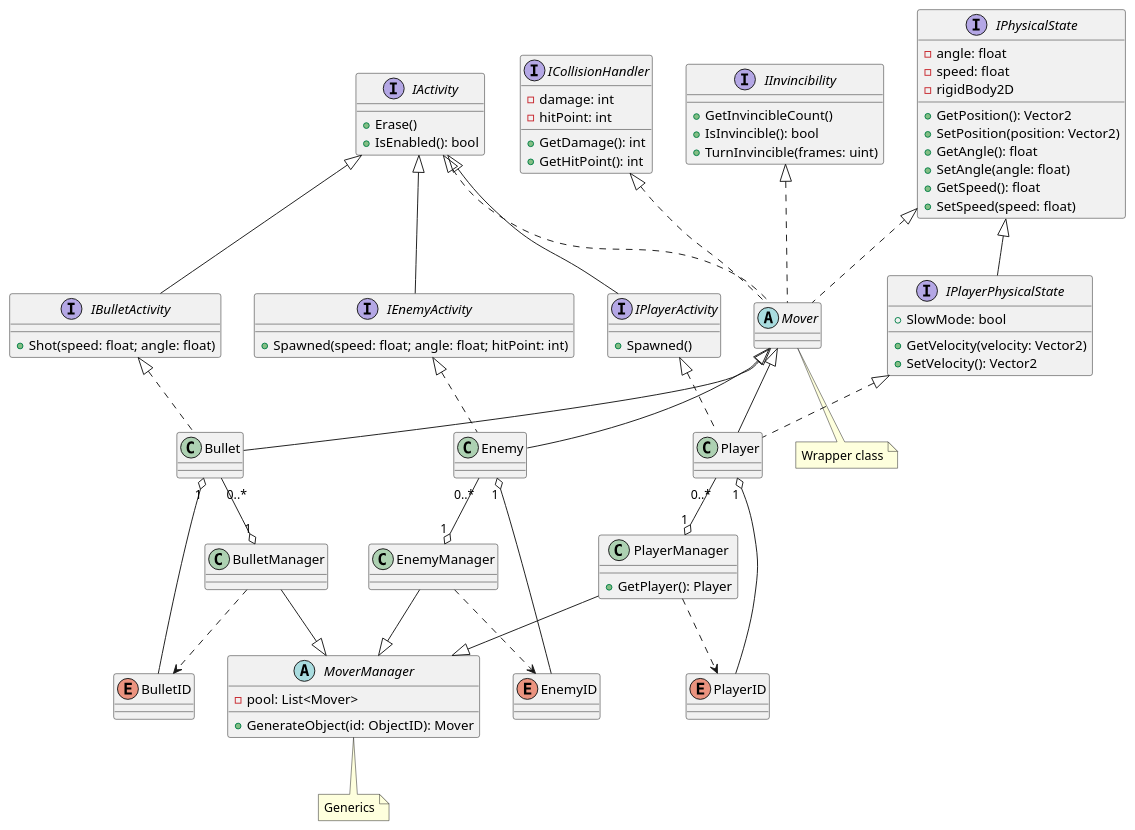
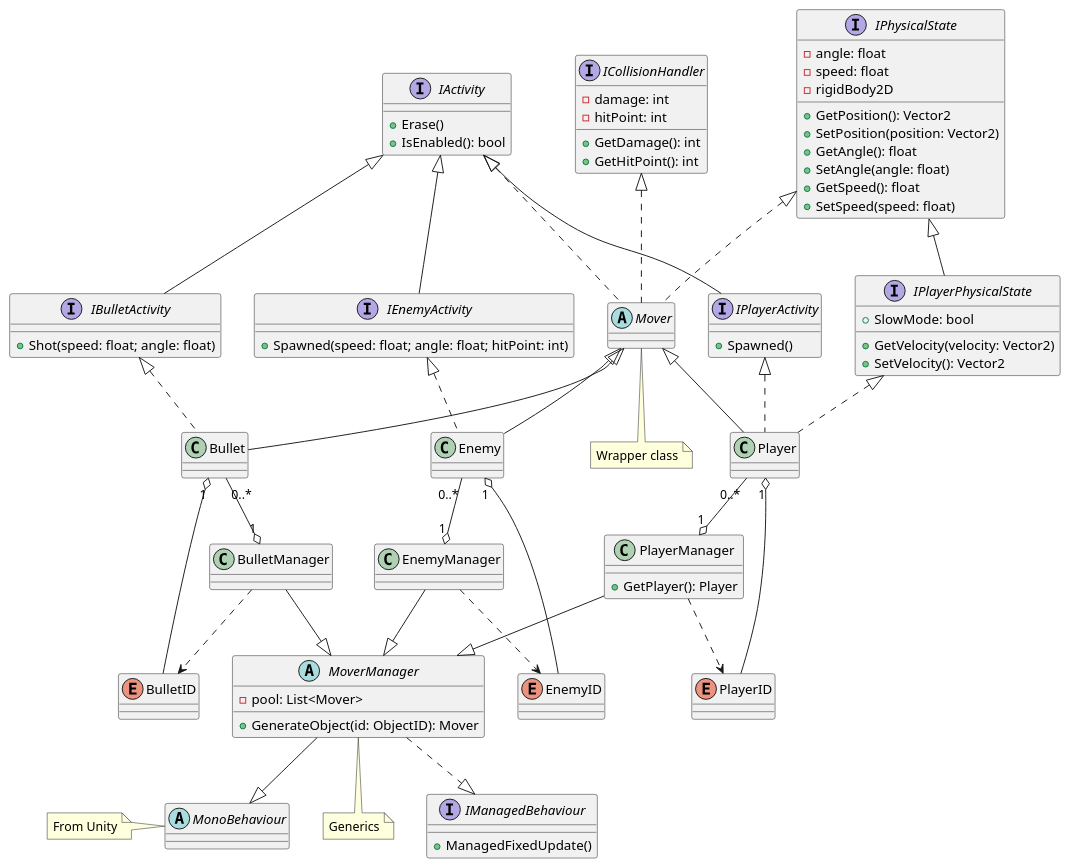
The diagram in docs/manager_classes.pu (Wandao123/shmup_like_touhou), drawn with PlantUML before and after one commit. The commit also changed 3 other files, not shown here.

```diff
--- a/docs/manager_classes.pu
+++ b/docs/manager_classes.pu
@@ -1,111 +1,138 @@
-@startuml classes
+@startuml ManagerClasses
 interface IActivity {
     +Erase()
     +IsEnabled(): bool
 }
 
 interface IBulletActivity {
     +Shot(speed: float; angle: float)
 }
 
 interface IEnemyActivity {
     +Spawned(speed: float; angle: float; hitPoint: int)
 }
 
 interface IPlayerActivity {
     +Spawned()
 }
 
 IActivity <|-- IBulletActivity
 IActivity <|-- IEnemyActivity
 IActivity <|-- IPlayerActivity
 
 abstract MoverManager {
     -pool: List<Mover>
     +GenerateObject(id: ObjectID): Mover
 }
 note bottom of MoverManager
     Generics
 end note
 
 enum BulletID
 class BulletManager
 class Bullet
 
 BulletManager ..> BulletID
 BulletManager --|> MoverManager
 Bullet "0..*" --o "1" BulletManager
 IBulletActivity <|.. Bullet
 Bullet "1" o-- BulletID
 
 enum EnemyID
 class EnemyManager
 class Enemy
 
 EnemyManager ..> EnemyID
 EnemyManager --|> MoverManager
 Enemy "0..*" --o "1" EnemyManager
 IEnemyActivity <|.. Enemy
 Enemy "1" o-- EnemyID
 
 interface IPlayerPhysicalState {
     +SlowMode: bool
     +GetVelocity(velocity: Vector2)
     +SetVelocity(): Vector2
 }
 
 IPhysicalState <|-- IPlayerPhysicalState
 
 enum PlayerID
 
 class PlayerManager {
     +GetPlayer(): Player
 }
 
 class Player
 
 PlayerManager ..> PlayerID
 PlayerManager --|> MoverManager
 Player "0..*" --o "1" PlayerManager
 IPlayerActivity <|.. Player
 IPlayerPhysicalState <|.. Player
 Player "1" o-- PlayerID
 
 interface ICollisionHandler {
     -damage: int
     -hitPoint: int
     +GetDamage(): int
     +GetHitPoint(): int
 }
 
-interface IInvincibility {
-    +GetInvincibleCount()
-    +IsInvincible(): bool
-    +TurnInvincible(frames: uint)
-}
-
 interface IPhysicalState {
     -angle: float
     -speed: float
     -rigidBody2D
     +GetPosition(): Vector2
     +SetPosition(position: Vector2)
     +GetAngle(): float
     +SetAngle(angle: float)
     +GetSpeed(): float
     +SetSpeed(speed: float)
 }
 
 abstract Mover
 note bottom of Mover
     Wrapper class
 end note
 
 IActivity <|.. Mover
 ICollisionHandler <|.. Mover
-IInvincibility <|.. Mover
 IPhysicalState <|.. Mover
 Mover <|-- Bullet
 Mover <|-- Enemy
 Mover <|-- Player
+
+interface IManagedBehaviour {
+    +ManagedFixedUpdate()
+}
+
+abstract MonoBehaviour
+note left of MonoBehaviour
+    From Unity
+end note
+
+MoverManager ..|> IManagedBehaviour
+MoverManager --|> MonoBehaviour
+
+/'class Activity {
+    +Spawned()
+}
+
+Activity ..|> IActivity
+Activity "1" --o "1" Mover
+
+abstract CollisionHandler {
+    #{abstract} OnTriggerEnter2D(other)
+}
+
+CollisionHandler ..|> ICollisionHandler
+CollisionHandler "1" --o "1" Mover
+
+abstract MoverController {
+    #{abstract} FixedUpdate()
+}
+
+MoverController ..|> IPhysicalState
+MoverController "1" --o "1" Mover
+MoverController ..|> IManagedBehaviour'/
 @enduml
```
